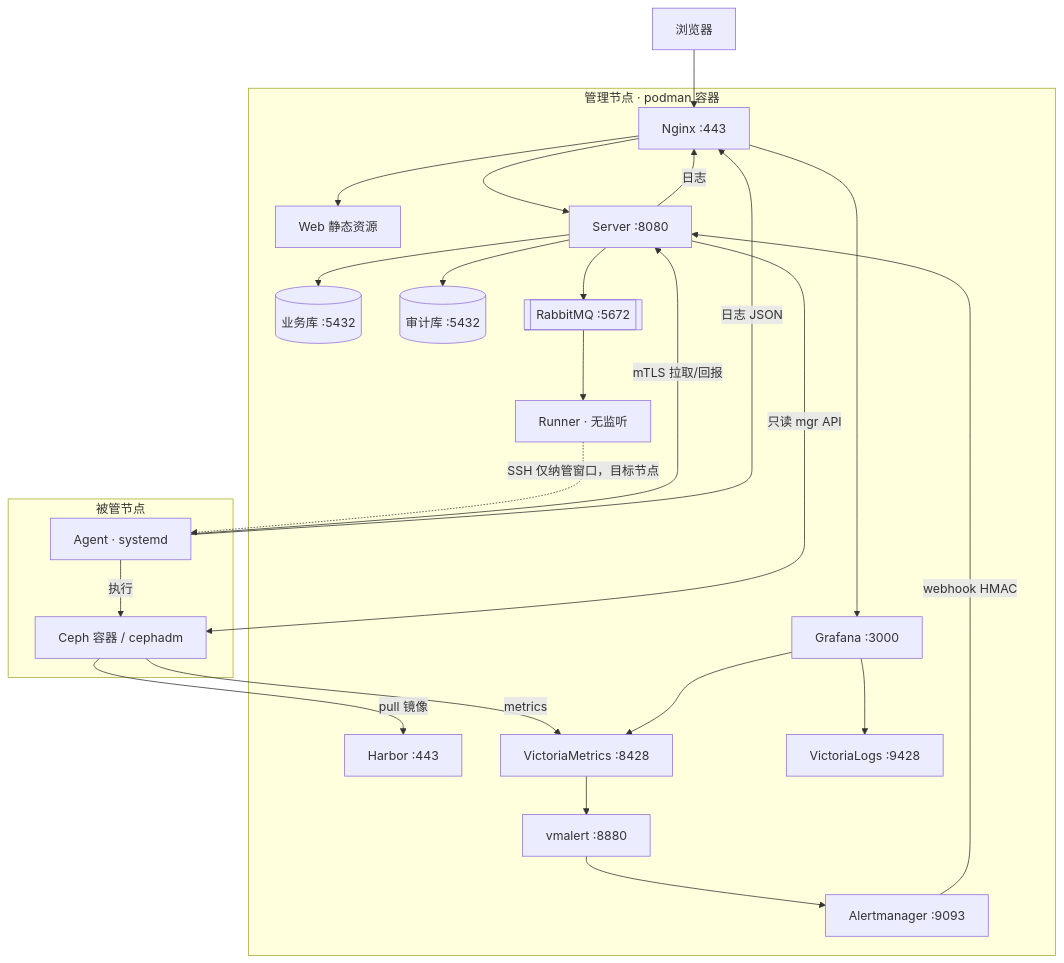
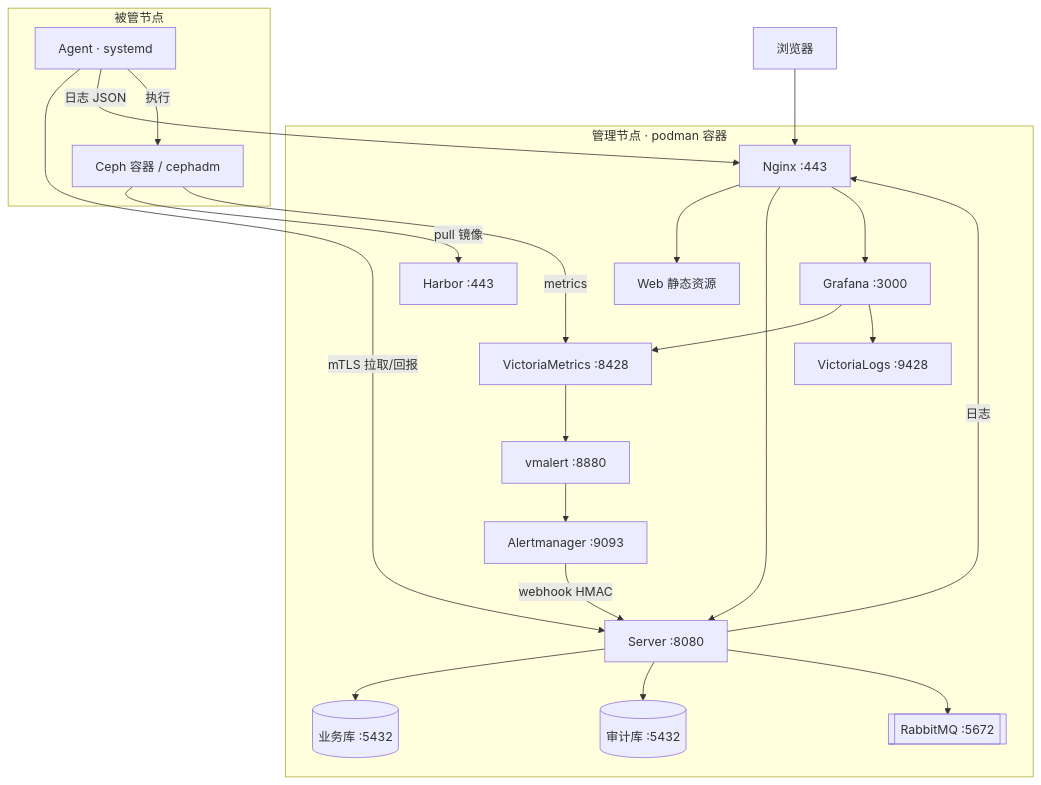
Before and after one commit to lnsyyj/winter: the diagram in docs/02-研发线/04-架构师/系统架构与数据流全景.md, drawn with Mermaid. The commit also changed other lines of this file and 17 other files, not shown here.

````diff
--- a/docs/02-研发线/04-架构师/系统架构与数据流全景.md
+++ b/docs/02-研发线/04-架构师/系统架构与数据流全景.md
@@ -41,47 +41,43 @@
 ```mermaid
 graph TB
   U[浏览器]
 
   subgraph MGMT[管理节点 · podman 容器]
     NG[Nginx :443]
     WEB[Web 静态资源]
     S[Server :8080]
-    RN[Runner · 无监听]
     PG[(业务库 :5432)]
     ADB[(审计库 :5432)]
     MQ[[RabbitMQ :5672]]
     HR[Harbor :443]
     VM[VictoriaMetrics :8428]
     VL[VictoriaLogs :9428]
     VMA[vmalert :8880]
     AM[Alertmanager :9093]
     GF[Grafana :3000]
   end
 
   subgraph NODE[被管节点]
     A[Agent · systemd]
     CE[Ceph 容器 / cephadm]
   end
 
   U --> NG
   NG --> WEB
   NG --> S
   NG --> GF
   S --> PG
   S --> ADB
   S --> MQ
-  MQ --> RN
-  RN -.->|SSH 仅纳管窗口，目标节点| A
   A -->|mTLS 拉取/回报| S
   A -->|日志 JSON| NG
   A -->|执行| CE
   CE -->|pull 镜像| HR
   CE -->|metrics| VM
   VM --> VMA
   VMA --> AM
   AM -->|webhook HMAC| S
-  S -->|只读 mgr API| CE
   GF --> VM
   GF --> VL
   S -->|日志| NG
 ```
````
